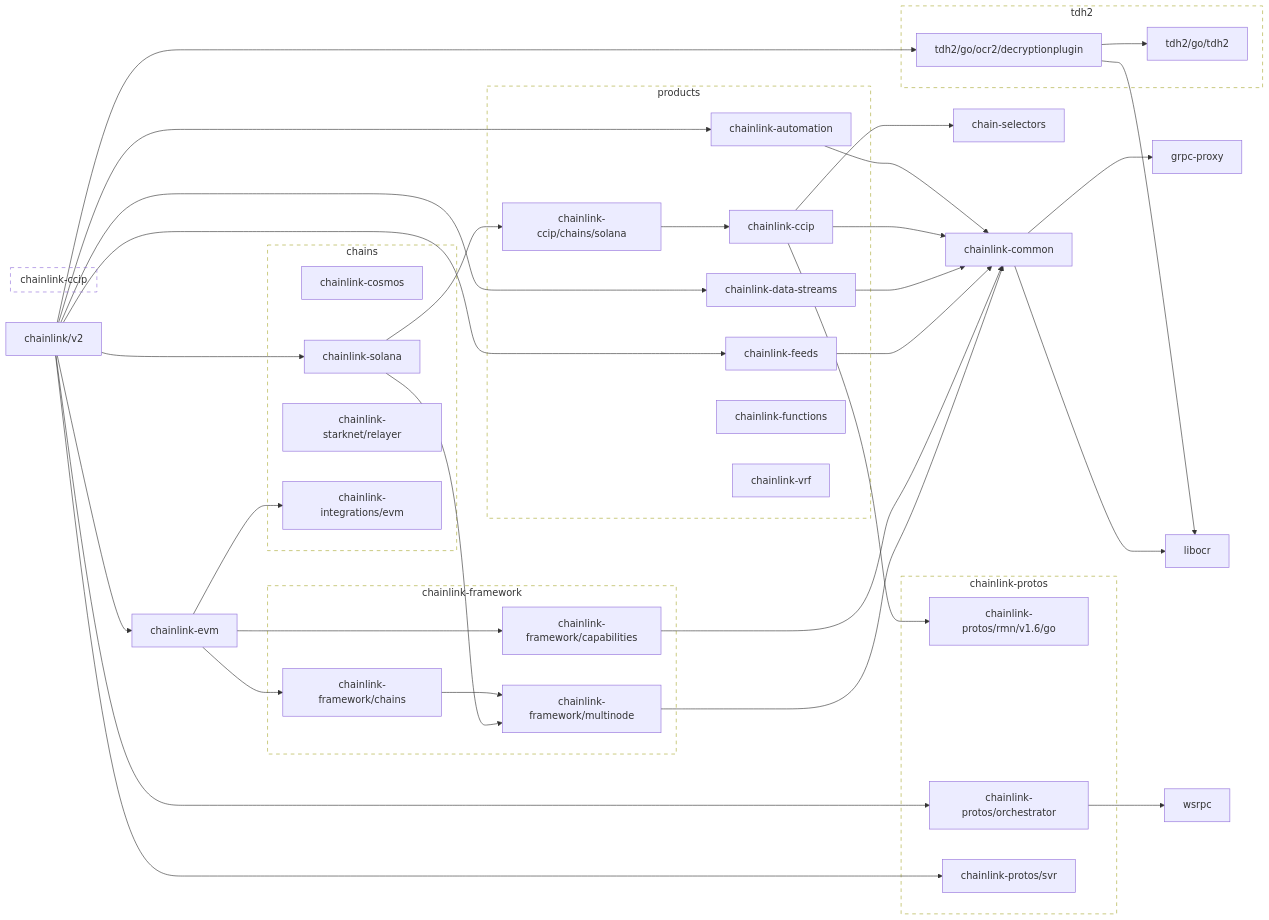
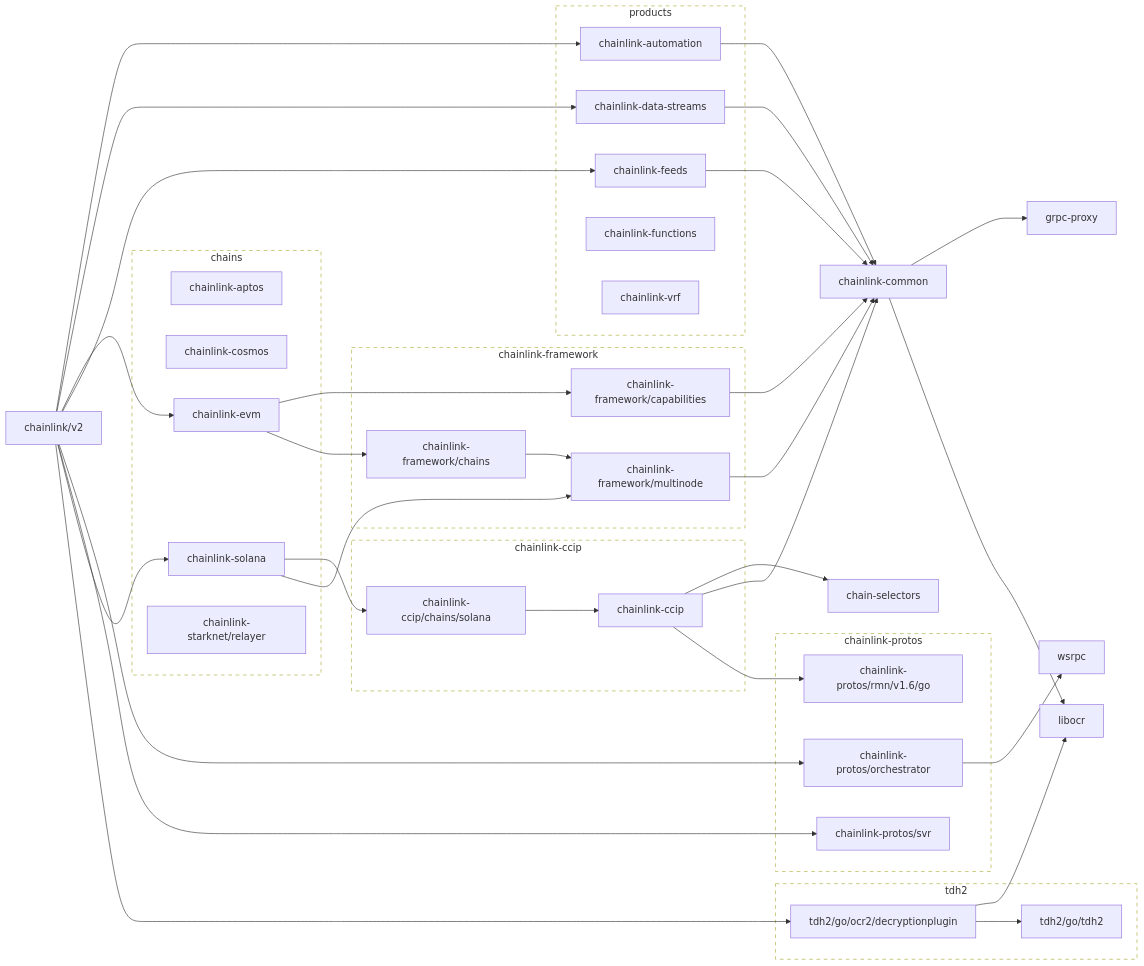
One commit to JohnDaWalka/chainlink changed the first of 2 diagrams in go.md. Above: the diagram before and after it, drawn with Mermaid. The commit also changed other lines of this file and 15 other files, not shown here.

Commit message:
go.mod: unify // indirect blocks; bump chainlink-evm; update modgraph (#17093)

````diff
--- a/go.md
+++ b/go.md
@@ -3,16 +3,15 @@
 ```mermaid
 flowchart LR
   subgraph chains
+    chainlink-aptos
     chainlink-cosmos
+    chainlink-evm
     chainlink-solana
     chainlink-starknet/relayer
-    chainlink-integrations/evm
   end
 
   subgraph products
     chainlink-automation
-    chainlink-ccip
-    chainlink-ccip/chains/solana
     chainlink-data-streams
     chainlink-feeds
     chainlink-functions
@@ -39,7 +38,6 @@
 	click chainlink-data-streams href "https://github.com/smartcontractkit/chainlink-data-streams"
 	chainlink-evm --> chainlink-framework/capabilities
 	chainlink-evm --> chainlink-framework/chains
-	chainlink-evm --> chainlink-integrations/evm
 	click chainlink-evm href "https://github.com/smartcontractkit/chainlink-evm"
 	chainlink-feeds --> chainlink-common
 	click chainlink-feeds href "https://github.com/smartcontractkit/chainlink-feeds"
@@ -49,8 +47,6 @@
 	click chainlink-framework/chains href "https://github.com/smartcontractkit/chainlink-framework"
 	chainlink-framework/multinode --> chainlink-common
 	click chainlink-framework/multinode href "https://github.com/smartcontractkit/chainlink-framework"
-	chainlink-integrations/evm
-	click chainlink-integrations/evm href "https://github.com/smartcontractkit/chainlink-integrations"
 	chainlink-protos/orchestrator --> wsrpc
 	click chainlink-protos/orchestrator href "https://github.com/smartcontractkit/chainlink-protos"
 	chainlink-protos/rmn/v1.6/go
````
